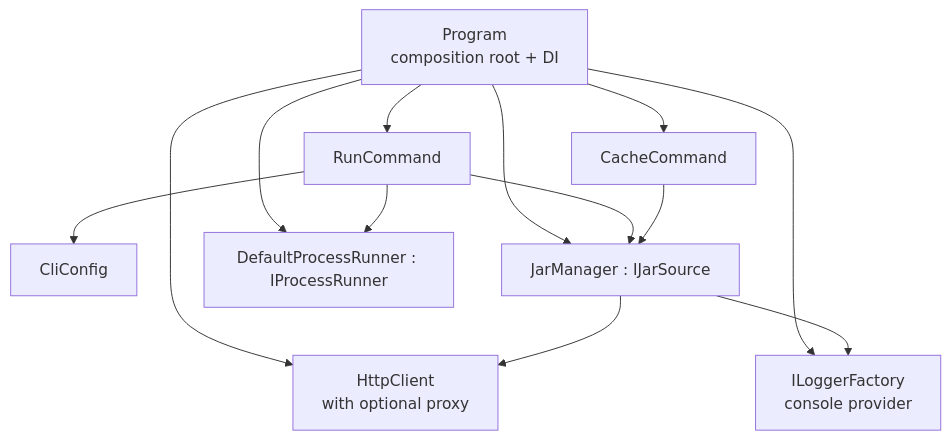
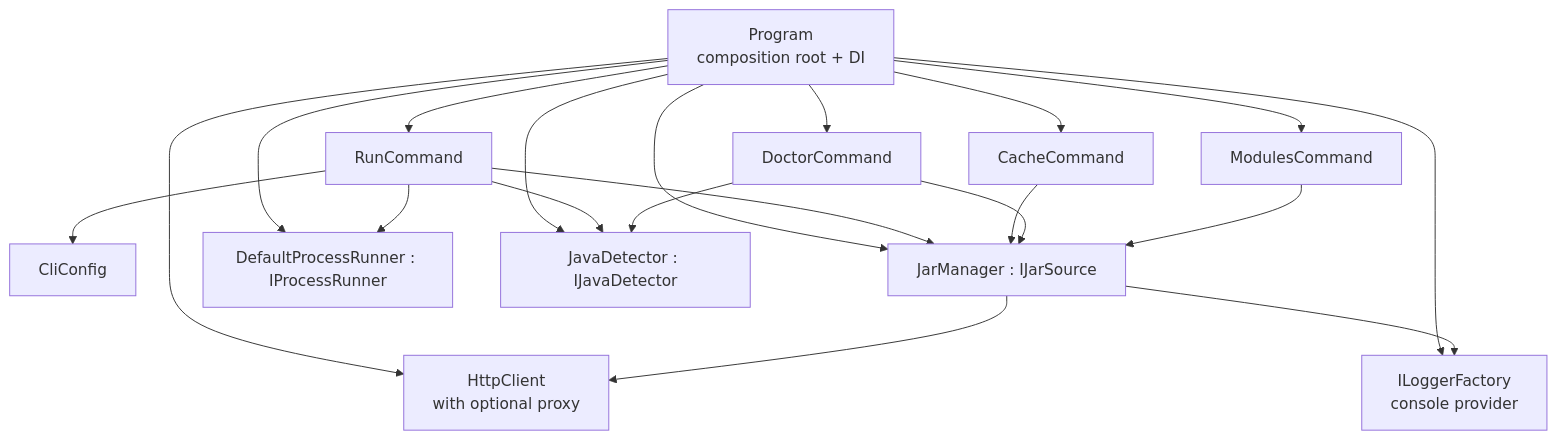
Before and after one commit to Kmanley1/SyntheaCli: the third of 4 diagrams in docs/deliverables/Architecture.md, drawn with Mermaid. The commit also changed other lines of this file and 8 other files, not shown here.

````diff
--- a/docs/deliverables/Architecture.md
+++ b/docs/deliverables/Architecture.md
@@ -76,24 +76,34 @@
 ```mermaid
 flowchart TB
     Program[Program<br/>composition root + DI]
     Run[RunCommand]
     Cache[CacheCommand]
+    Doctor[DoctorCommand]
+    Modules[ModulesCommand]
     Conf[CliConfig]
     Jar[JarManager : IJarSource]
     Proc[DefaultProcessRunner : IProcessRunner]
+    JavaDet[JavaDetector : IJavaDetector]
     Log[ILoggerFactory<br/>console provider]
     Http[HttpClient<br/>with optional proxy]
 
     Program --> Run
     Program --> Cache
+    Program --> Doctor
+    Program --> Modules
     Program --> Jar
     Program --> Proc
+    Program --> JavaDet
     Program --> Log
     Program --> Http
     Run --> Conf
     Run --> Jar
     Run --> Proc
+    Run --> JavaDet
     Cache --> Jar
+    Doctor --> Jar
+    Doctor --> JavaDet
+    Modules --> Jar
     Jar --> Http
     Jar --> Log
 ```
````
